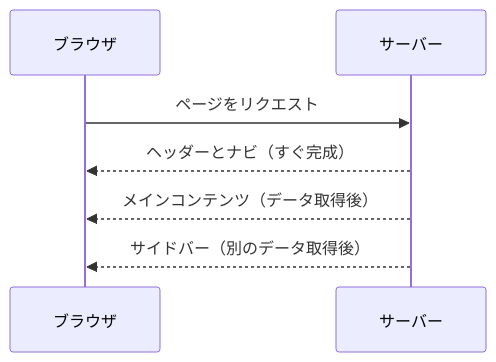
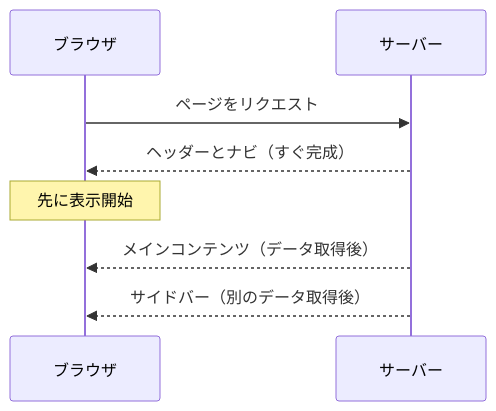
Before and after one commit to ozaki25/web-front-training-ozaki25: the fifth of 7 diagrams in docs/drafts/004/index.md, drawn with Mermaid. The commit also changed other lines of this file, not shown here.

First line of the commit message:
SSG/ISR を薄くし、図と表中心に書き直し

````diff
--- a/docs/drafts/004/index.md
+++ b/docs/drafts/004/index.md
@@ -133,9 +96,10 @@
 ```mermaid
 sequenceDiagram
   participant B as ブラウザ
   participant S as サーバー
   B->>S: ページをリクエスト
   S-->>B: ヘッダーとナビ（すぐ完成）
+  Note over B: 先に表示開始
   S-->>B: メインコンテンツ（データ取得後）
   S-->>B: サイドバー（別のデータ取得後）
 ```
````
